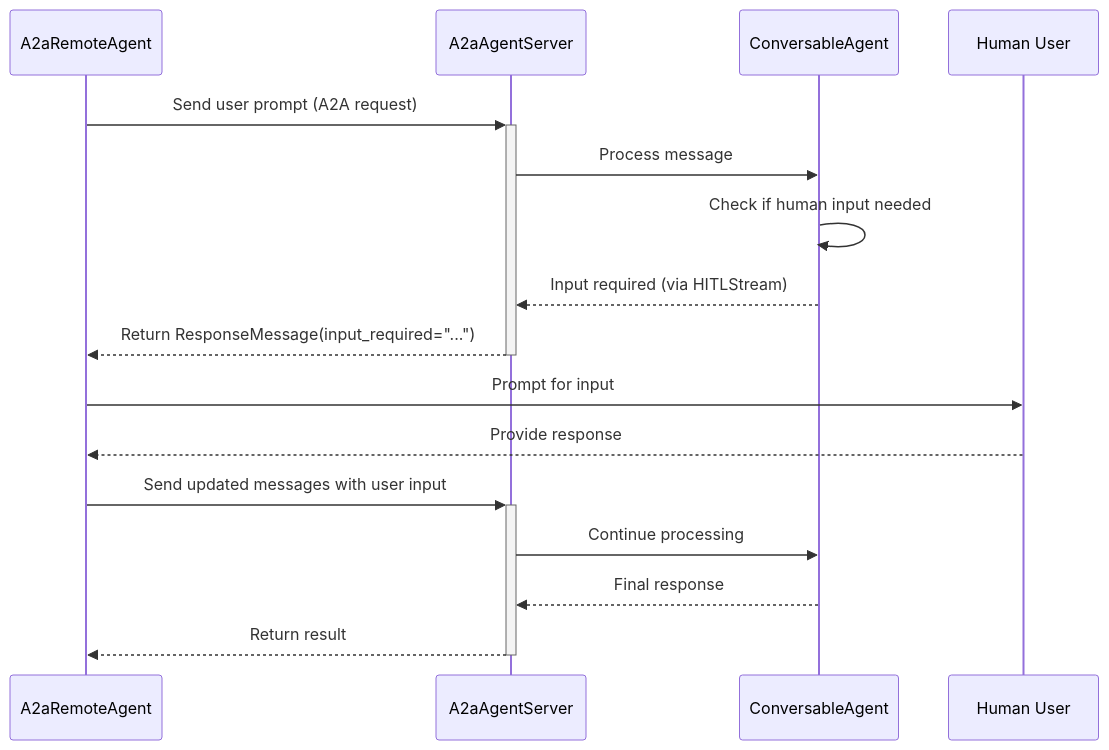
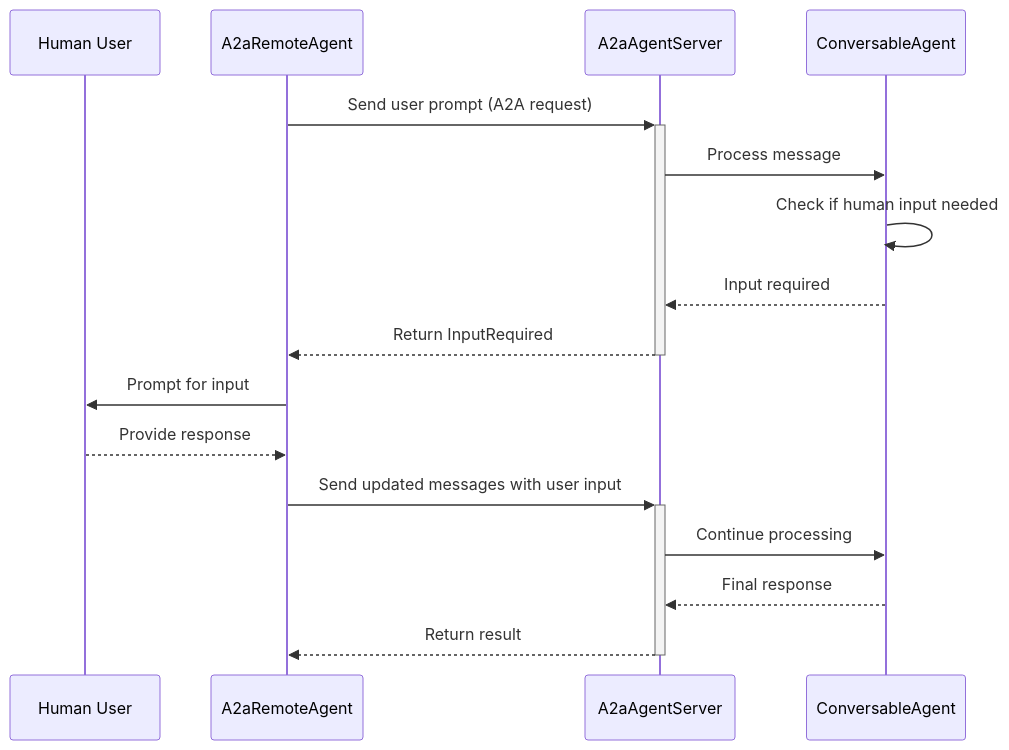
Before and after one commit to ag2ai/ag2: the second of 2 diagrams in website/docs/user-guide/a2a/server.mdx, drawn with Mermaid. The commit also changed other lines of this file and 2 other files, not shown here.

Commit message:
docs: update A2A Hitl server

````diff
--- a/website/docs/user-guide/a2a/server.mdx
+++ b/website/docs/user-guide/a2a/server.mdx
@@ -131,20 +125,20 @@
 ```mermaid
 sequenceDiagram
+    participant User as Human User
     participant Client as A2aRemoteAgent
     participant Server as A2aAgentServer
     participant Agent as ConversableAgent
-    participant User as Human User
 
     Client->>+Server: Send user prompt (A2A request)
     Server->>Agent: Process message
     Agent->>Agent: Check if human input needed
-    Agent-->>Server: Input required (via HITLStream)
-    Server-->>-Client: Return ResponseMessage(input_required="...")
+    Agent-->>Server: Input required
+    Server-->>-Client: Return InputRequired
 
     Client->>User: Prompt for input
     User-->>Client: Provide response
     Client->>+Server: Send updated messages with user input
     Server->>Agent: Continue processing
     Agent-->>Server: Final response
     Server-->>-Client: Return result
 ```
````
